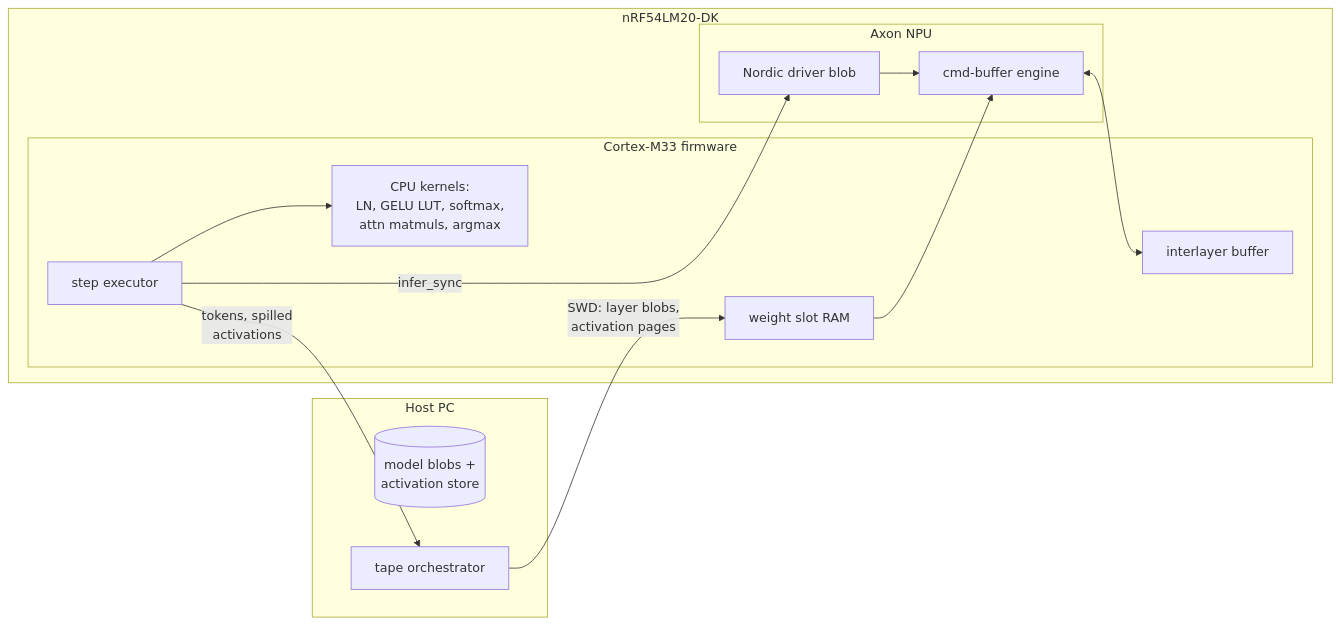
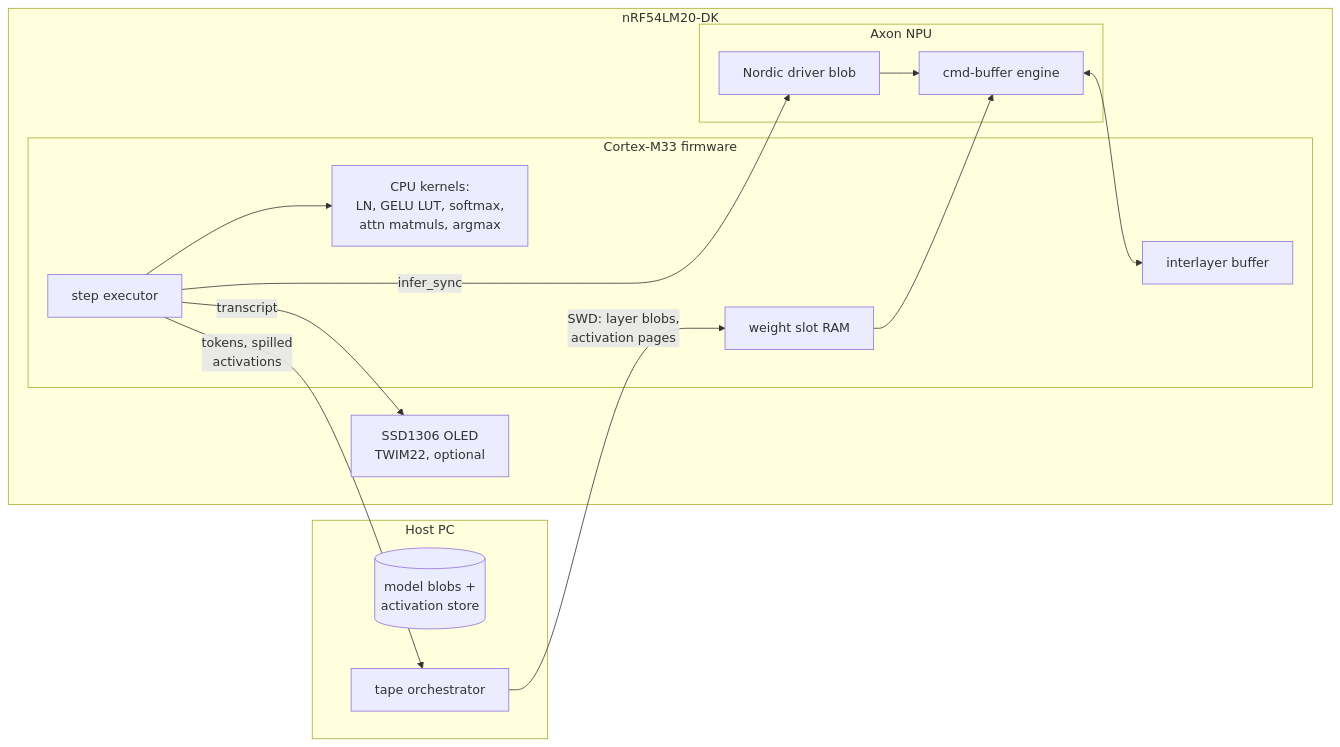
One commit to RustDyno/nrf54lm20-dk changed the diagram in Whisper/README.md. Above: the diagram before and after it, drawn with Mermaid. The commit also changed other lines of this file and 3 other files, not shown here.

First line of the commit message:
Whisper: optional I2C OLED shows the live transcript

````diff
--- a/Whisper/README.md
+++ b/Whisper/README.md
@@ -43,30 +43,33 @@
 ```mermaid
 flowchart LR
   subgraph host [Host PC]
     STORE[(model blobs +
 activation store)]
     ORCH[tape orchestrator]
   end
   subgraph dk [nRF54LM20-DK]
     subgraph m33 [Cortex-M33 firmware]
       EXEC[step executor]
       GLUE[CPU kernels:
 LN, GELU LUT, softmax,
 attn matmuls, argmax]
       SLOT[weight slot RAM]
       IL[interlayer buffer]
     end
+    OLED[SSD1306 OLED
+TWIM22, optional]
+    EXEC -->|transcript| OLED
     subgraph axon [Axon NPU]
       DRV[Nordic driver blob]
       ENG[cmd-buffer engine]
     end
   end
   ORCH -->|SWD: layer blobs,
 activation pages| SLOT
   EXEC -->|tokens, spilled
 activations| ORCH
   EXEC --> GLUE
   EXEC -->|infer_sync| DRV --> ENG
   SLOT --> ENG
   ENG <--> IL
 ```
````
